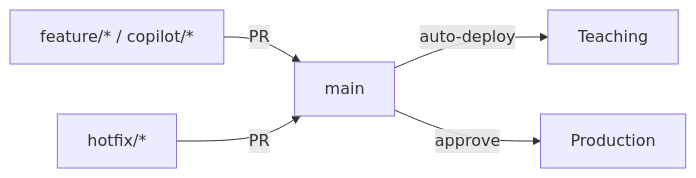
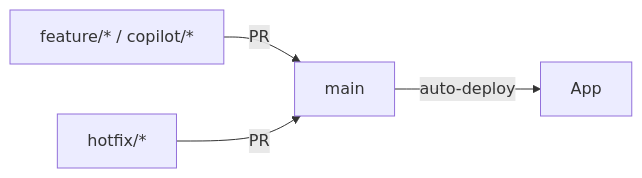
One commit to bailey-medics/quillmedical changed the first of 2 diagrams in docs/docs/cicd/index.md. Above: the diagram before and after it, drawn with Mermaid. The commit also changed other lines of this file, not shown here.

Commit message:
docs(cicd): the CI/CD page matches the workflows, the branch rules and the single app environment

````diff
--- a/docs/docs/cicd/index.md
+++ b/docs/docs/cicd/index.md
@@ -7,7 +7,6 @@
 ```mermaid
 graph LR
     A["feature/* / copilot/*"] -->|PR| B[main]
     C[hotfix/*] -->|PR| B
-    B -->|auto-deploy| D[Teaching]
-    B -->|approve| E[Production]
+    B -->|auto-deploy| D[App]
 ```
````
